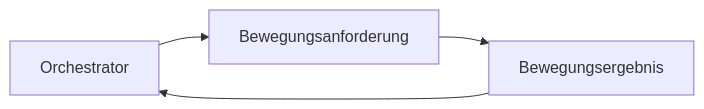
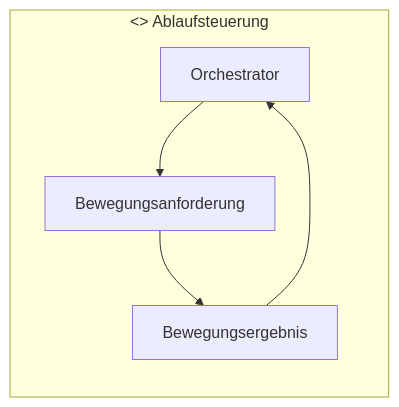
The third of 5 diagrams in doc/projektbeschreibung.md (butz1999/inverse_kinematik), drawn with Mermaid before and after one commit. The commit also changed other lines of this file, not shown here.

````diff
--- a/doc/projektbeschreibung.md
+++ b/doc/projektbeschreibung.md
@@ -370,10 +376,12 @@
 ```mermaid
 flowchart LR
-    B1[Orchestrator]
-    B2[Bewegungsanforderung]
-    B3[Bewegungsergebnis]
+    subgraph CTRL["<<component>> Ablaufsteuerung"]
+        B1[Orchestrator]
+        B2[Bewegungsanforderung]
+        B3[Bewegungsergebnis]
 
-    B1 --> B2
-    B2 --> B3
-    B3 --> B1
+        B1 --> B2
+        B2 --> B3
+        B3 --> B1
+    end
 ```
````
